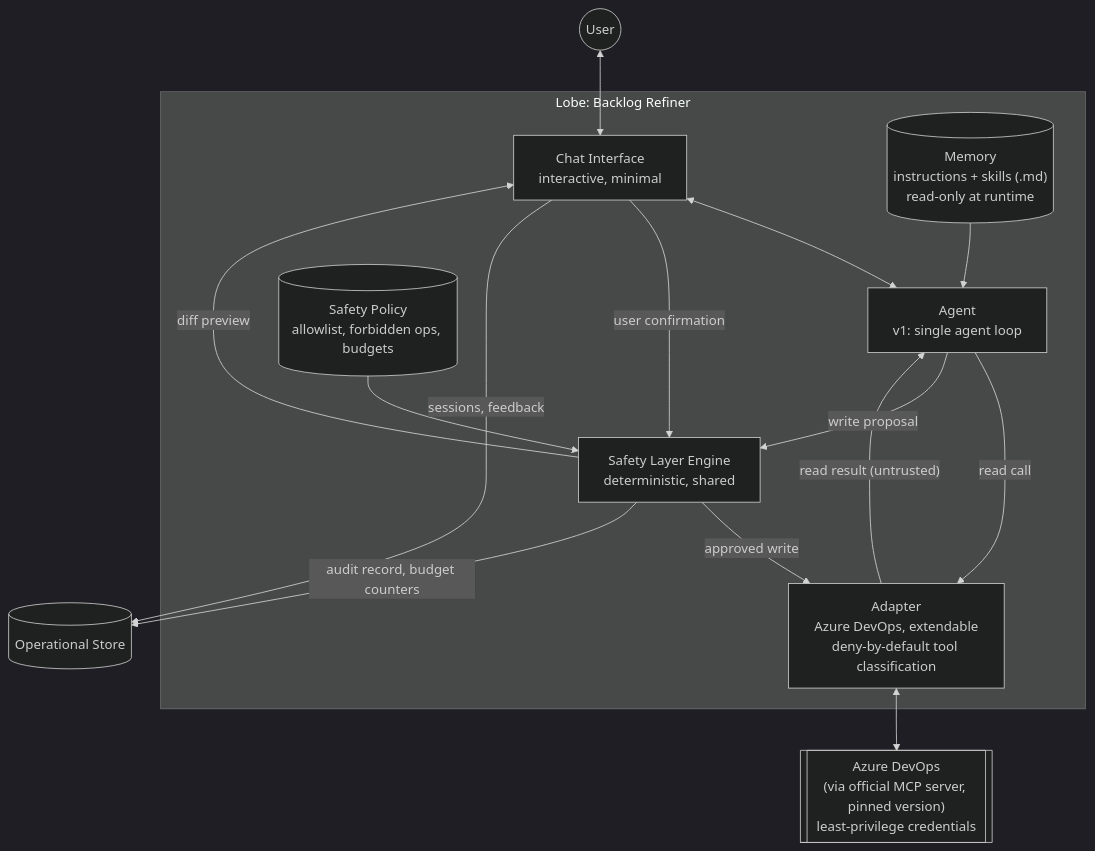
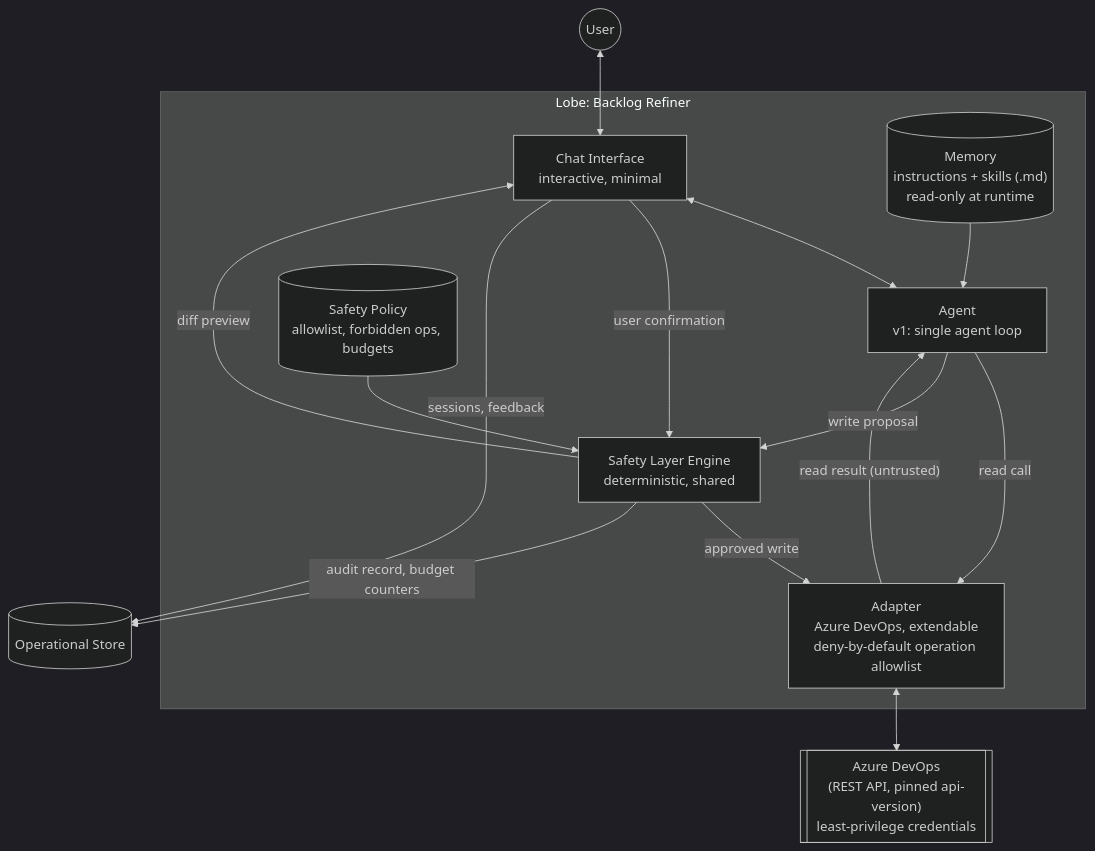
One commit to emiralpayar/pan-galactic-habit changed the second of 2 diagrams in ARCHITECTURE.md. Above: the diagram before and after it, drawn with Mermaid (dark theme). The commit also changed other lines of this file and 11 other files, not shown here.

First line of the commit message:
docs: add adr 0005 for calling the azure devops rest api directly

````diff
--- a/ARCHITECTURE.md
+++ b/ARCHITECTURE.md
@@ -113,32 +113,32 @@
 ```mermaid
 flowchart TD
     USER(("User"))
 
     subgraph LB["Lobe: Backlog Refiner"]
         CHAT["Chat Interface<br/>interactive, minimal"]
         AG["Agent<br/>v1: single agent loop"]
         MEM[("Memory<br/>instructions + skills (.md)<br/>read-only at runtime")]
         POL[("Safety Policy<br/>allowlist, forbidden ops, budgets")]
         SL["Safety Layer Engine<br/>deterministic, shared"]
-        AD["Adapter<br/>Azure DevOps, extendable<br/>deny-by-default tool classification"]
+        AD["Adapter<br/>Azure DevOps, extendable<br/>deny-by-default operation allowlist"]
 
         CHAT <--> AG
         MEM --> AG
         POL --> SL
         AG -- "read call" --> AD
         AD -- "read result (untrusted)" --> AG
         AG -- "write proposal" --> SL
         SL -- "diff preview" --> CHAT
         CHAT -- "user confirmation" --> SL
         SL -- "approved write" --> AD
     end
 
     USER <--> CHAT
 
-    ADO[["Azure DevOps<br/>(via official MCP server, pinned version)<br/>least-privilege credentials"]]
+    ADO[["Azure DevOps<br/>(REST API, pinned api-version)<br/>least-privilege credentials"]]
     AD <--> ADO
 
     OPS[("Operational Store")]
     SL -- "audit record, budget counters" --> OPS
     CHAT -- "sessions, feedback" --> OPS
 ```
````
